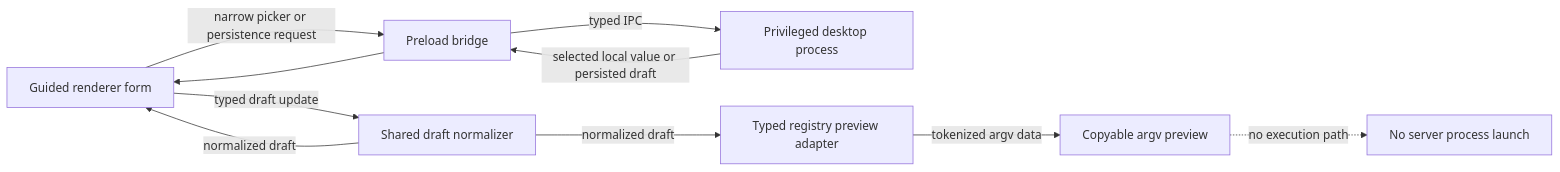
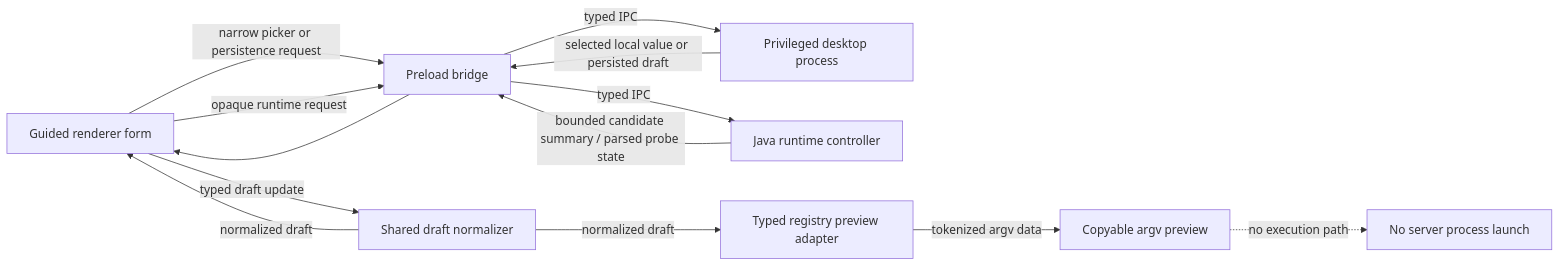
One commit to Ding-Ding-Projects/minecraft-server-command-center changed the diagram in docs/architecture/desktop-foundation.md. Above: the diagram before and after it, drawn with Mermaid. The commit also changed other lines of this file and 18 other files, not shown here.

First line of the commit message:
feat(runtime): guide bounded Java selection

````diff
--- a/docs/architecture/desktop-foundation.md
+++ b/docs/architecture/desktop-foundation.md
@@ -28,12 +29,15 @@
 ```mermaid
 flowchart LR
   UI[Guided renderer form] -->|typed draft update| D[Shared draft normalizer]
   D -->|normalized draft| UI
   UI -->|narrow picker or persistence request| P[Preload bridge]
   P -->|typed IPC| M[Privileged desktop process]
   M -->|selected local value or persisted draft| P
   P --> UI
+  UI -->|opaque runtime request| P
+  P -->|typed IPC| J[Java runtime controller]
+  J -->|bounded candidate summary / parsed probe state| P
   D -->|normalized draft| A[Typed registry preview adapter]
   A -->|tokenized argv data| V[Copyable argv preview]
   V -. no execution path .-> X[No server process launch]
 ```
````
